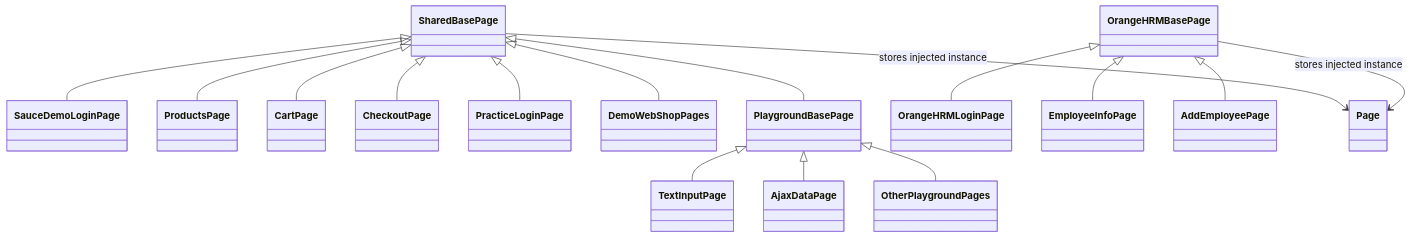
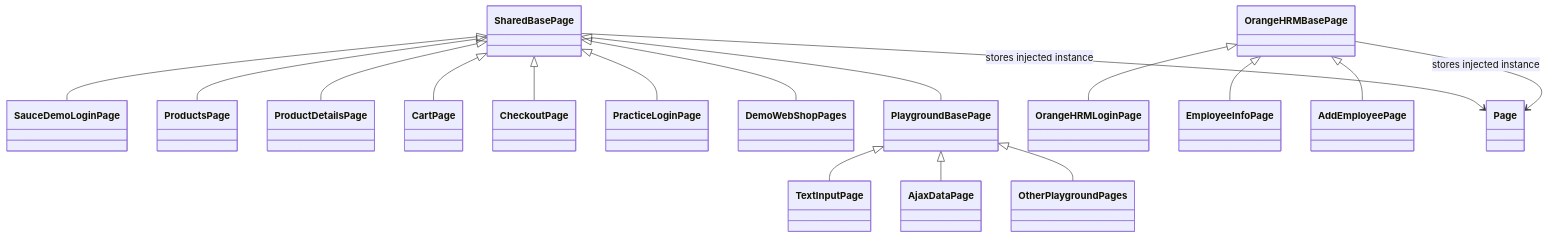
Before and after one commit to mishrrit/Playwright: the first of 3 diagrams in ui/ui_test_architecture.md, drawn with Mermaid. The commit also changed other lines of this file and 42 other files, not shown here.

````diff
--- a/ui/ui_test_architecture.md
+++ b/ui/ui_test_architecture.md
@@ -68,18 +84,19 @@
 ```mermaid
 classDiagram
     SharedBasePage <|-- SauceDemoLoginPage
     SharedBasePage <|-- ProductsPage
+    SharedBasePage <|-- ProductDetailsPage
     SharedBasePage <|-- CartPage
     SharedBasePage <|-- CheckoutPage
     SharedBasePage <|-- PracticeLoginPage
     SharedBasePage <|-- DemoWebShopPages
     SharedBasePage <|-- PlaygroundBasePage
     PlaygroundBasePage <|-- TextInputPage
     PlaygroundBasePage <|-- AjaxDataPage
     PlaygroundBasePage <|-- OtherPlaygroundPages
     OrangeHRMBasePage <|-- OrangeHRMLoginPage
     OrangeHRMBasePage <|-- EmployeeInfoPage
     OrangeHRMBasePage <|-- AddEmployeePage
     SharedBasePage --> Page : stores injected instance
     OrangeHRMBasePage --> Page : stores injected instance
 ```
````
